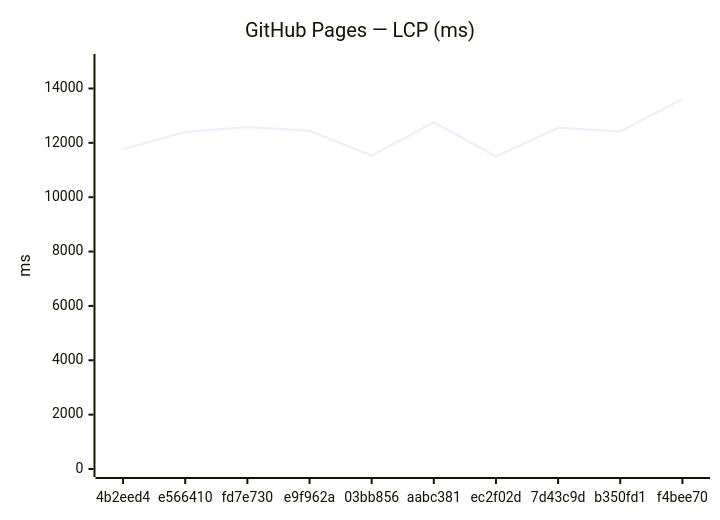
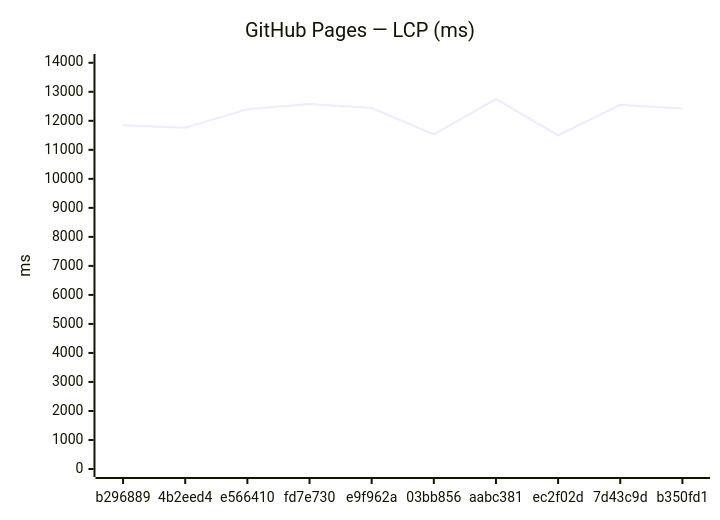
The third of 18 diagrams in benchmarks/compare.md (Metaheurist/Rianell), drawn with Mermaid before and after one commit. The commit also changed other lines of this file and 11 other files, not shown here.

````diff
--- a/benchmarks/compare.md
+++ b/benchmarks/compare.md
@@ -54,7 +54,7 @@
 ```mermaid
 xychart-beta
     title "GitHub Pages — LCP (ms)"
-    x-axis ["4b2eed4", "e566410", "fd7e730", "e9f962a", "03bb856", "aabc381", "ec2f02d", "7d43c9d", "b350fd1", "f4bee70"]
-    y-axis "ms" 0 --> 14974
-    line [11759, 12402, 12580, 12444, 11529, 12751, 11500, 12552, 12421, 13612]
+    x-axis ["b296889", "4b2eed4", "e566410", "fd7e730", "e9f962a", "03bb856", "aabc381", "ec2f02d", "7d43c9d", "b350fd1"]
+    y-axis "ms" 0 --> 14027
+    line [11847, 11759, 12402, 12580, 12444, 11529, 12751, 11500, 12552, 12421]
 ```
````
